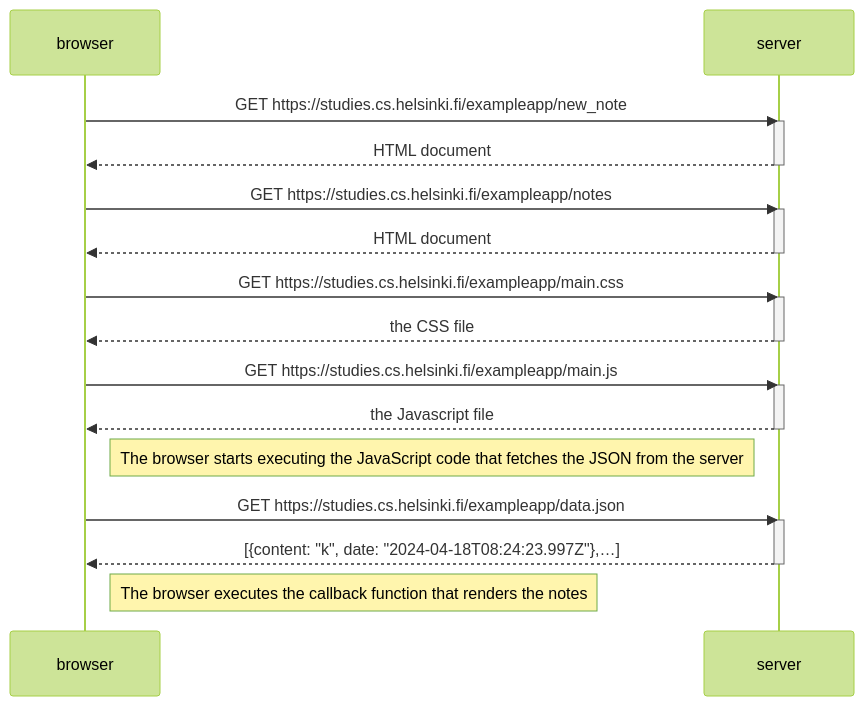
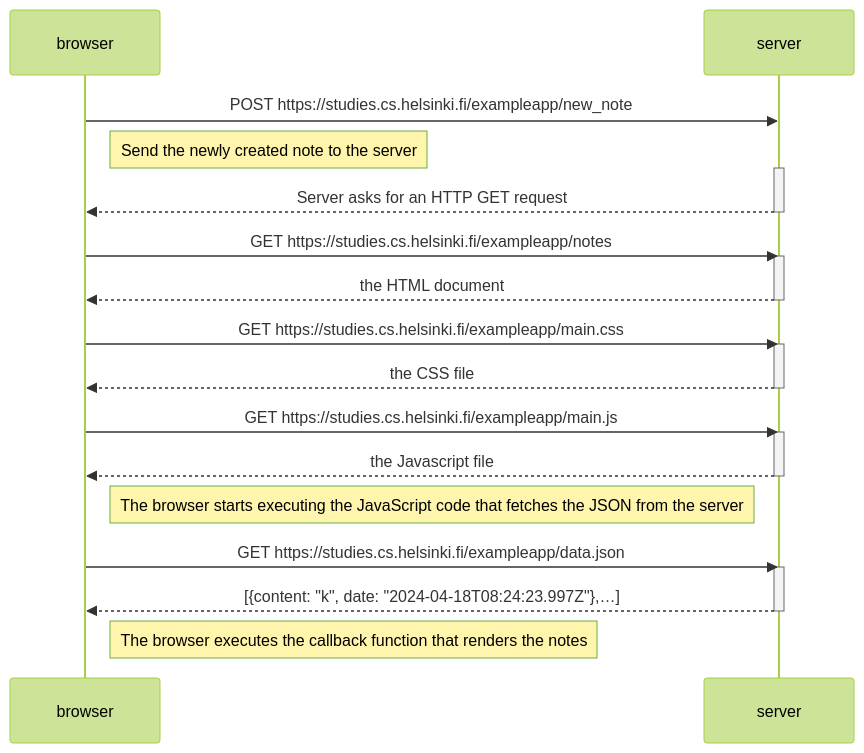
Before and after one commit to Ac394/fullstackopen: the diagram in part0/0.4 New note diagram.md, drawn with Mermaid (forest theme).

Commit message:
Update 0.4 New note diagram.md

````diff
--- a/part0/0.4 New note diagram.md
+++ b/part0/0.4 New note diagram.md
@@ -1,40 +1,42 @@
 ```mermaid
 sequenceDiagram
     participant browser
     participant server
 
-    browser->>server: GET https://studies.cs.helsinki.fi/exampleapp/new_note
+    browser->>server: POST https://studies.cs.helsinki.fi/exampleapp/new_note
+
+    Note right of browser: Send the newly created note to the server
 
     activate server
-    server-->>browser: HTML document
-    deactivate server
+    server-->>browser:  Server asks for an HTTP GET request
+    deactivate server    
 
     browser->>server: GET https://studies.cs.helsinki.fi/exampleapp/notes
 
     activate server
-    server-->>browser: HTML document
+    server-->>browser: the HTML document
     deactivate server
 
     browser->>server: GET https://studies.cs.helsinki.fi/exampleapp/main.css
 
     activate server
     server-->>browser: the CSS file
     deactivate server
 
     browser->>server: GET https://studies.cs.helsinki.fi/exampleapp/main.js
 
     activate server
     server-->>browser: the Javascript file
     deactivate server
 
     Note right of browser: The browser starts executing the JavaScript code that fetches the JSON from the server
 
     browser->>server: GET https://studies.cs.helsinki.fi/exampleapp/data.json
 
     activate server
     server-->>browser: [{content: "k", date: "2024-04-18T08:24:23.997Z"},…]
     
     deactivate server
 
     Note right of browser: The browser executes the callback function that renders the notes
 ```
````
